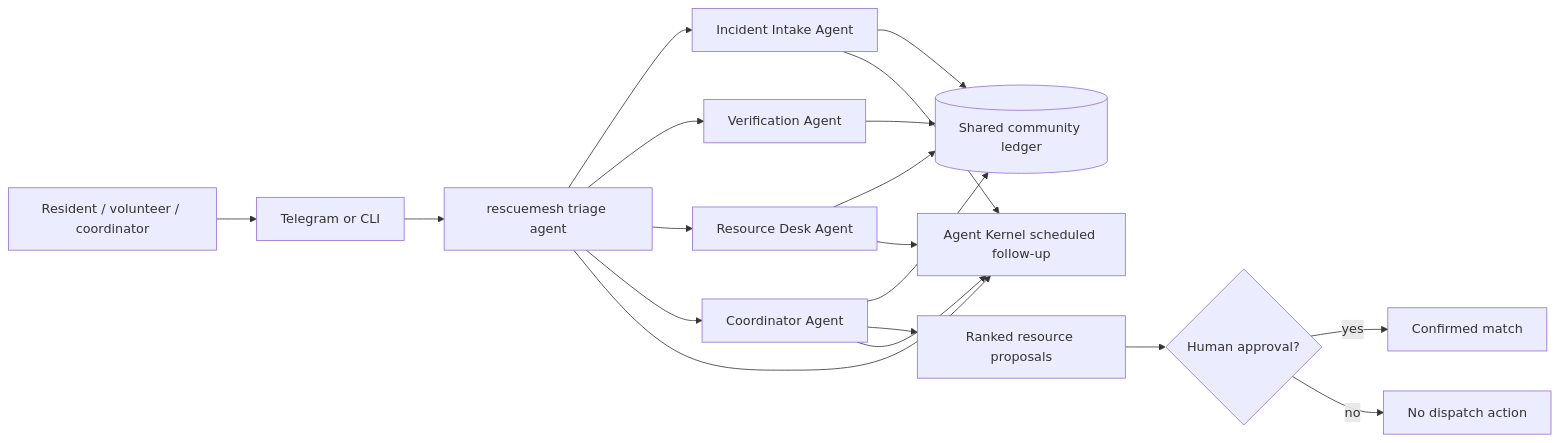
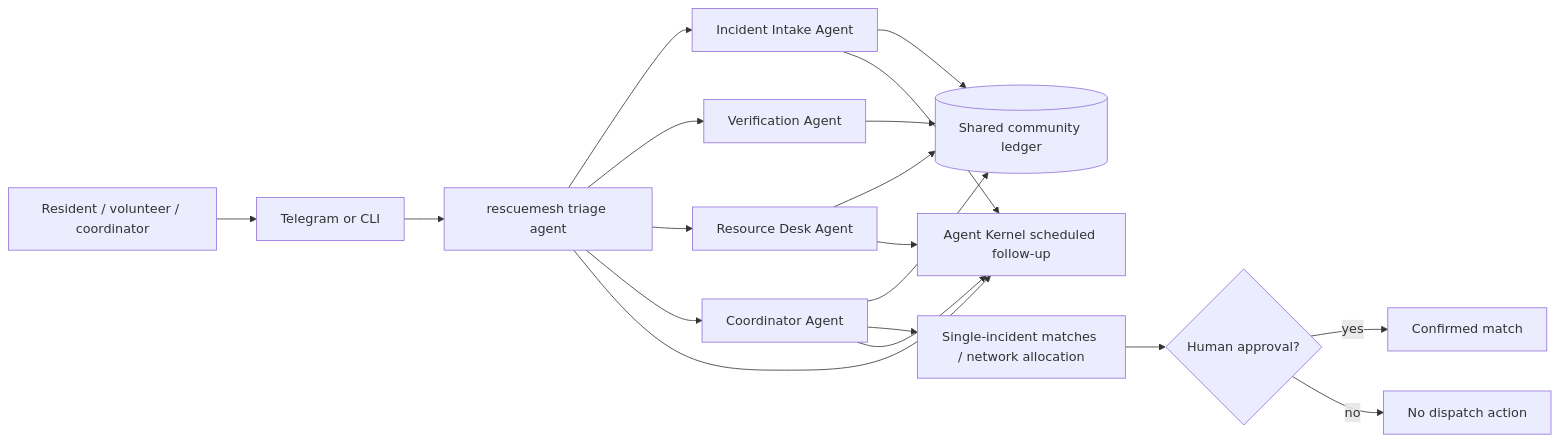
The diagram in use-cases/rescuemesh/README.md (izzathnisfer/agent-kernel), drawn with Mermaid before and after one commit. The commit also changed other lines of this file and 13 other files, not shown here.

````diff
--- a/use-cases/rescuemesh/README.md
+++ b/use-cases/rescuemesh/README.md
@@ -26,21 +26,21 @@
 ```mermaid
 flowchart LR
     U[Resident / volunteer / coordinator] --> T[Telegram or CLI]
     T --> R[rescuemesh triage agent]
     R --> I[Incident Intake Agent]
     R --> V[Verification Agent]
     R --> D[Resource Desk Agent]
     R --> C[Coordinator Agent]
     I --> L[(Shared community ledger)]
     V --> L
     D --> L
     C --> L
     R --> S[(Agent Kernel session context)]
     I --> S
     D --> S
-    C --> M[Ranked resource proposals]
+    C --> M[Single-incident matches / network allocation]
     M --> H{Human approval?}
     H -->|yes| X[Confirmed match]
     H -->|no| Y[No dispatch action]
     C --> S[Agent Kernel scheduled follow-up]
 ```
````
